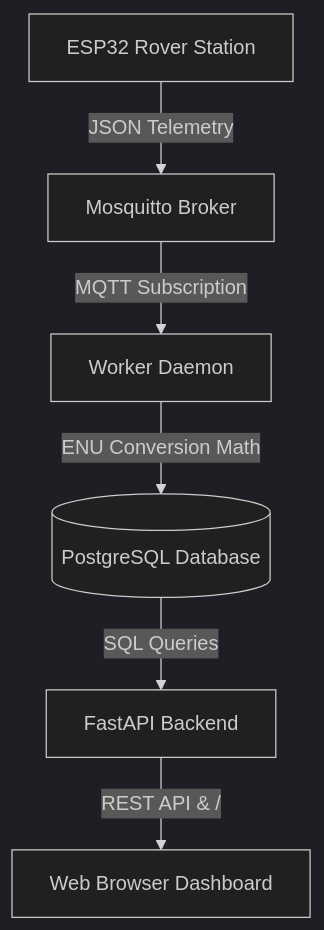
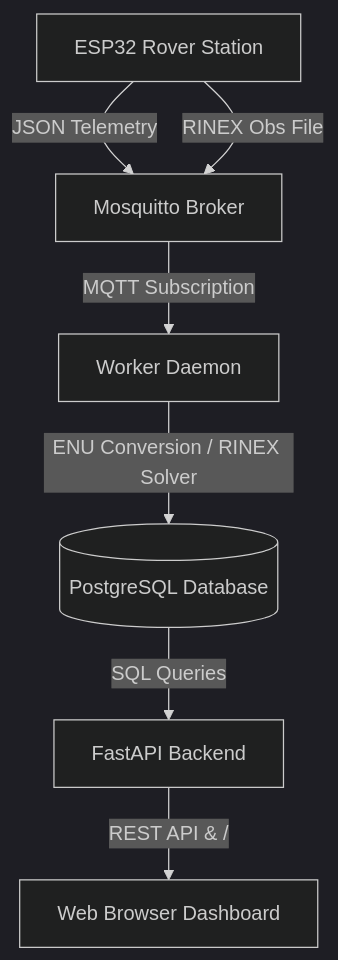
The diagram in GNSS_System_Guide.md (fikrifalah/GNSS-System_IMCXHMIF), drawn with Mermaid (dark theme) before and after one commit. The commit also changed other lines of this file and 6 other files, not shown here.

````diff
--- a/GNSS_System_Guide.md
+++ b/GNSS_System_Guide.md
@@ -13,8 +19,9 @@
 ```mermaid
 graph TD
     ESP32[ESP32 Rover Station] -->|JSON Telemetry| MQTT[Mosquitto Broker]
+    ESP32 -->|RINEX Obs File| MQTT
     MQTT -->|MQTT Subscription| Worker[Worker Daemon]
-    Worker -->|ENU Conversion Math| DB[(PostgreSQL Database)]
+    Worker -->|ENU Conversion / RINEX Solver| DB[(PostgreSQL Database)]
     DB -->|SQL Queries| API[FastAPI Backend]
     API -->|REST API & /| Web[Web Browser Dashboard]
 ```
````
